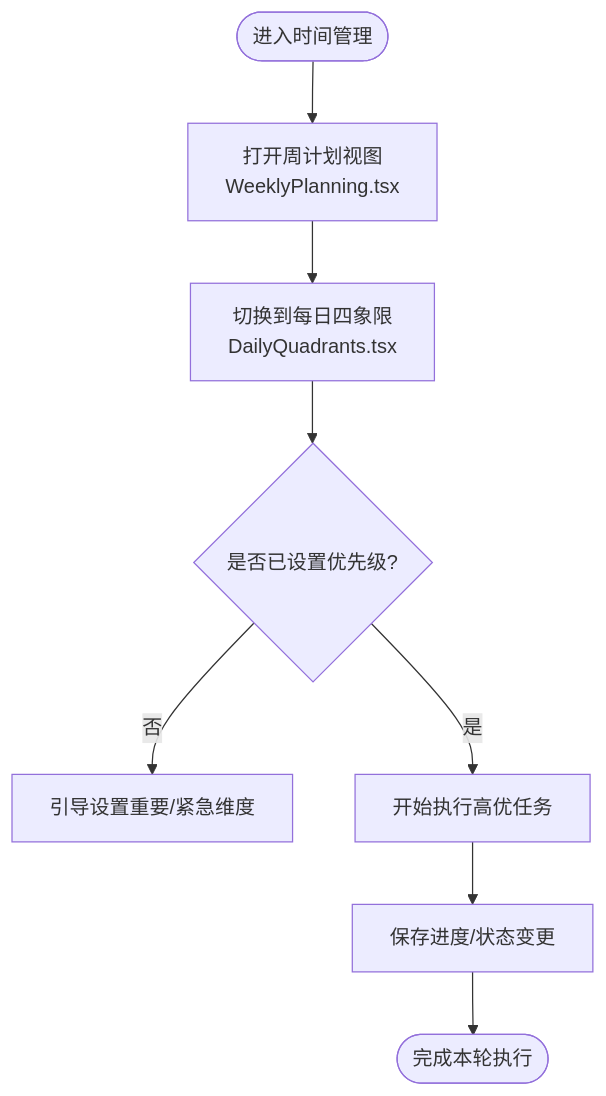
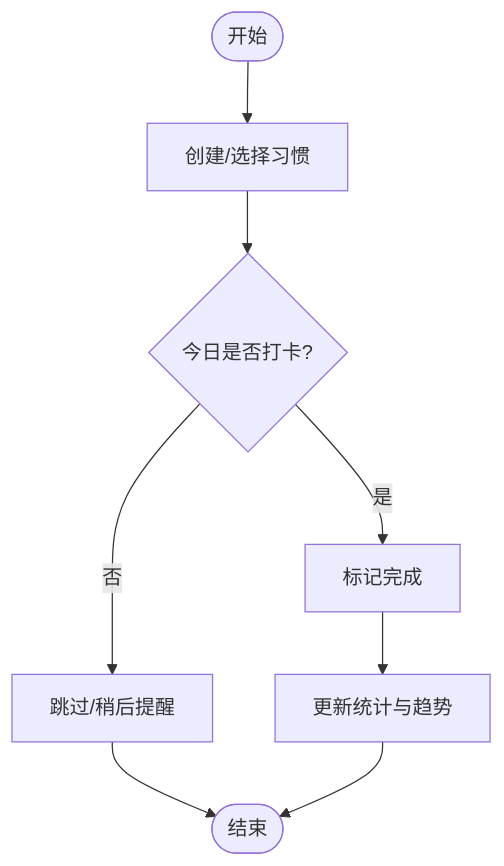
One commit to gzdxhujiale/FishWorker changed the fourth of 8 diagrams in .qoder/repowiki/zh/content/项目概述/项目介绍.md. Above: the diagram before and after it, drawn with Mermaid. The commit also changed other lines of this file and 238 other files, not shown here.

````diff
--- a/.qoder/repowiki/zh/content/项目概述/项目介绍.md
+++ b/.qoder/repowiki/zh/content/项目概述/项目介绍.md
@@ -186,10 +216,10 @@
 ```mermaid
 flowchart TD
-Start(["进入时间管理"]) --> WeekPlan["打开周计划视图<br/>WeeklyPlanning.tsx"]
-WeekPlan --> DailyView["切换到每日四象限<br/>DailyQuadrants.tsx"]
-DailyView --> Prioritize{"是否已设置优先级?"}
-Prioritize --> |否| Guide["引导设置重要/紧急维度"]
-Prioritize --> |是| Execute["开始执行高优任务"]
-Execute --> Save["保存进度/状态变更"]
-Save --> End(["完成本轮执行"])
+Start(["开始"]) --> Create["创建/选择习惯"]
+Create --> DailyCheck{"今日是否打卡?"}
+DailyCheck --> |是| MarkDone["标记完成"]
+DailyCheck --> |否| Skip["跳过/稍后提醒"]
+MarkDone --> UpdateStats["更新统计与趋势"]
+Skip --> End(["结束"])
+UpdateStats --> End
 ```
````
